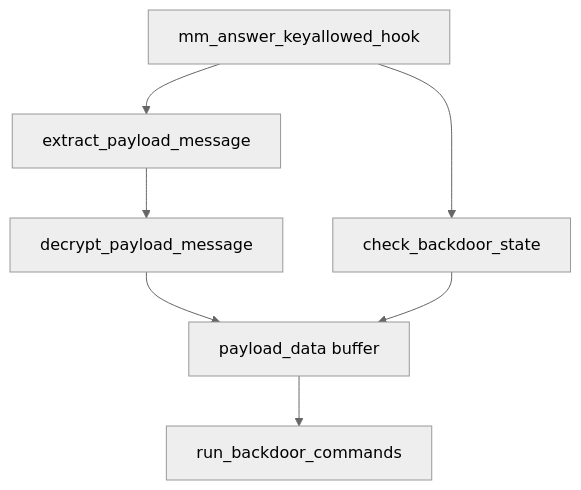
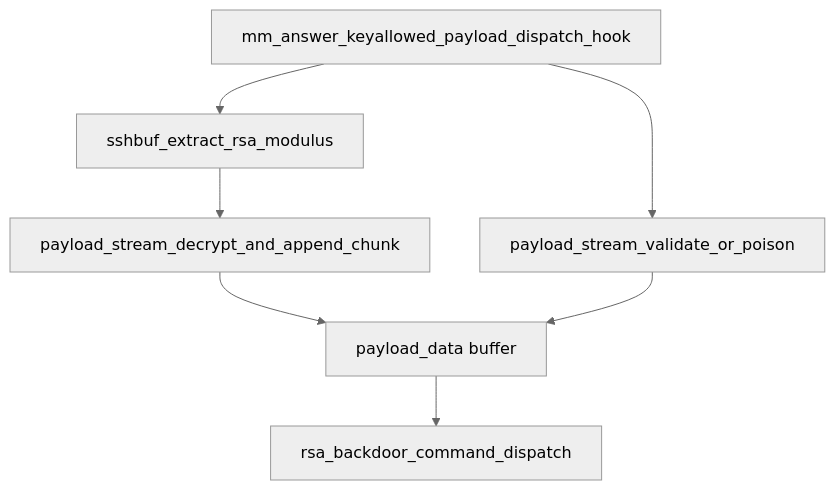
Before and after one commit to vanbako/xzre-ghidra: the fourth of 10 diagrams in docs/backdoor_functionality.md, drawn with Mermaid (neutral theme). The commit also changed other lines of this file and 17 other files, not shown here.

````diff
--- a/docs/backdoor_functionality.md
+++ b/docs/backdoor_functionality.md
@@ -142,14 +142,14 @@
 ```mermaid
 flowchart TD
-    keyallowed["mm_answer_keyallowed_hook"]
-    extract["extract_payload_message"]
-    decrypt_payload["decrypt_payload_message"]
-    state["check_backdoor_state"]
+    keyallowed["mm_answer_keyallowed_payload_dispatch_hook"]
+    extract["sshbuf_extract_rsa_modulus"]
+    decrypt_payload["payload_stream_decrypt_and_append_chunk"]
+    state["payload_stream_validate_or_poison"]
     stash["payload_data buffer"]
-    run_cmds["run_backdoor_commands"]
+    run_cmds["rsa_backdoor_command_dispatch"]
 
     keyallowed --> state
     keyallowed --> extract --> decrypt_payload --> stash
     state --> stash
     stash --> run_cmds
 ```
````
